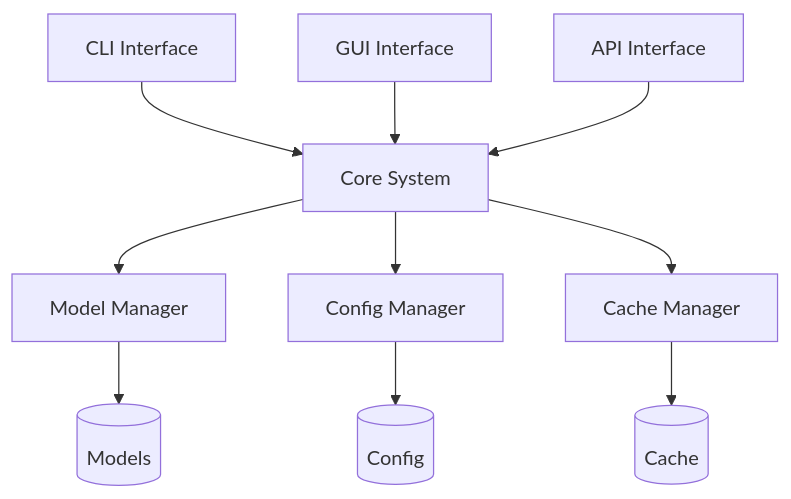
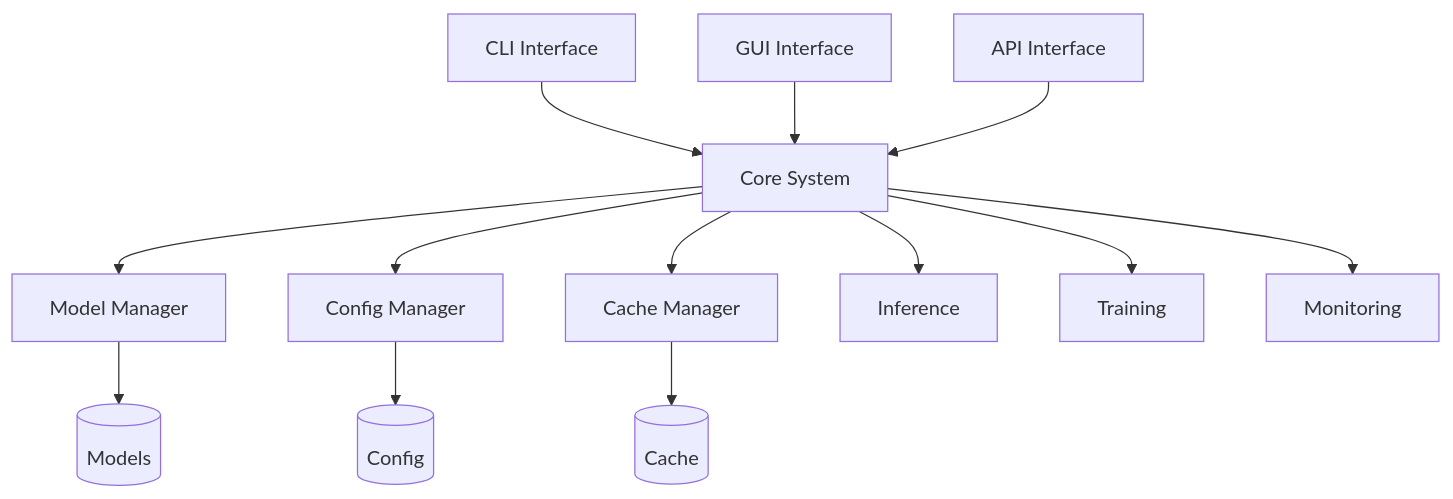
One commit to zachshallbetter/LlamaHome changed the diagram in README.md. Above: the diagram before and after it, drawn with Mermaid. The commit also changed other lines of this file and 37 other files, not shown here.

````diff
--- a/README.md
+++ b/README.md
@@ -99,12 +56,15 @@
 ```mermaid
 graph TB
     CLI[CLI Interface] --> Core[Core System]
     GUI[GUI Interface] --> Core
     API[API Interface] --> Core
     Core --> ModelManager[Model Manager]
     Core --> ConfigManager[Config Manager]
     Core --> CacheManager[Cache Manager]
     ModelManager --> Models[(Models)]
     ConfigManager --> Config[(Config)]
     CacheManager --> Cache[(Cache)]
+    Core --> Inference[Inference]
+    Core --> Training[Training]
+    Core --> Monitoring[Monitoring]
 ```
````
